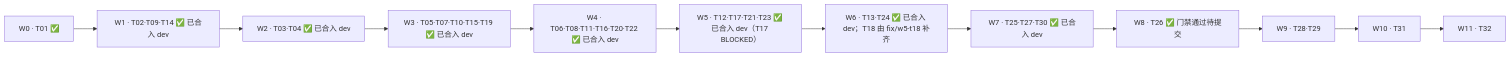
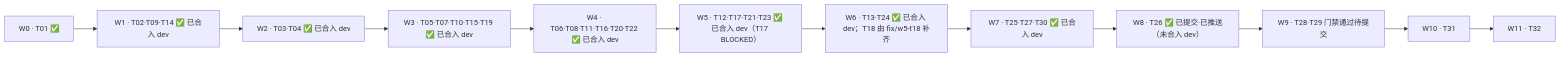
One commit to zxd15978684198/-enterprise_knowledge_work_platform- changed the diagram in docs/plans/2026-10-27-phase0-execution-plan.md. Above: the diagram before and after it, drawn with Mermaid. The commit also changed other lines of this file and 6 other files, not shown here.

````diff
--- a/docs/plans/2026-10-27-phase0-execution-plan.md
+++ b/docs/plans/2026-10-27-phase0-execution-plan.md
@@ -132,14 +133,14 @@
 ```mermaid
 flowchart LR
     W0["W0 · T01 ✅"] --> W1["W1 · T02·T09·T14 ✅ 已合入 dev"]
     W1 --> W2["W2 · T03·T04 ✅ 已合入 dev"]
     W2 --> W3["W3 · T05·T07·T10·T15·T19 ✅ 已合入 dev"]
     W3 --> W4["W4 · T06·T08·T11·T16·T20·T22 ✅ 已合入 dev"]
     W4 --> W5["W5 · T12·T17·T21·T23 ✅ 已合入 dev（T17 BLOCKED）"]
     W5 --> W6["W6 · T13·T24 ✅ 已合入 dev；T18 由 fix/w5-t18 补齐"]
     W6 --> W7["W7 · T25·T27·T30 ✅ 已合入 dev"]
-    W7 --> W8["W8 · T26 ✅ 门禁通过待提交"]
-    W8 --> W9["W9 · T28·T29"]
+    W7 --> W8["W8 · T26 ✅ 已提交·已推送（未合入 dev）"]
+    W8 --> W9["W9 · T28·T29 门禁通过待提交"]
     W9 --> W10["W10 · T31"]
     W10 --> W11["W11 · T32"]
 ```
````
